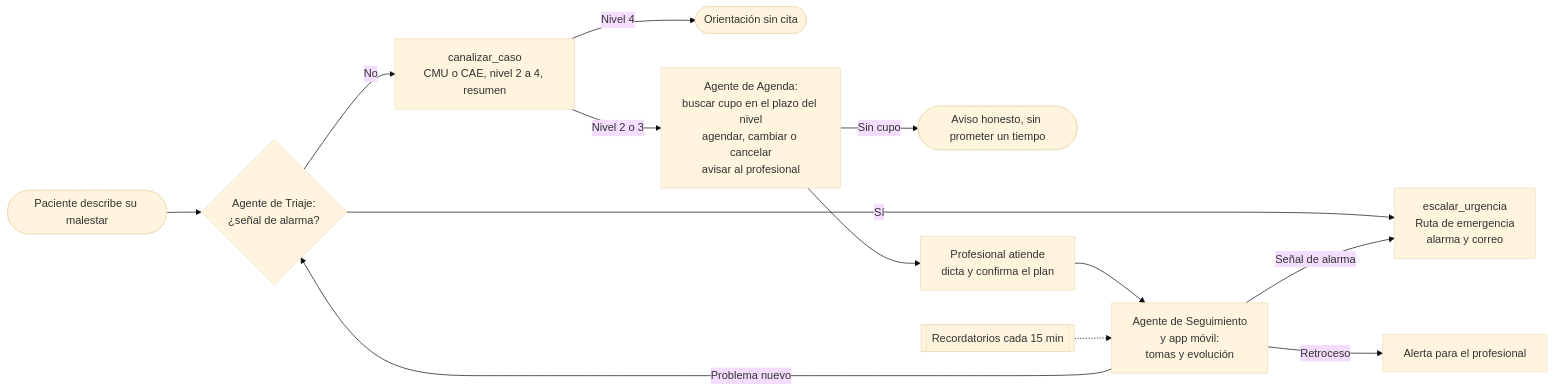
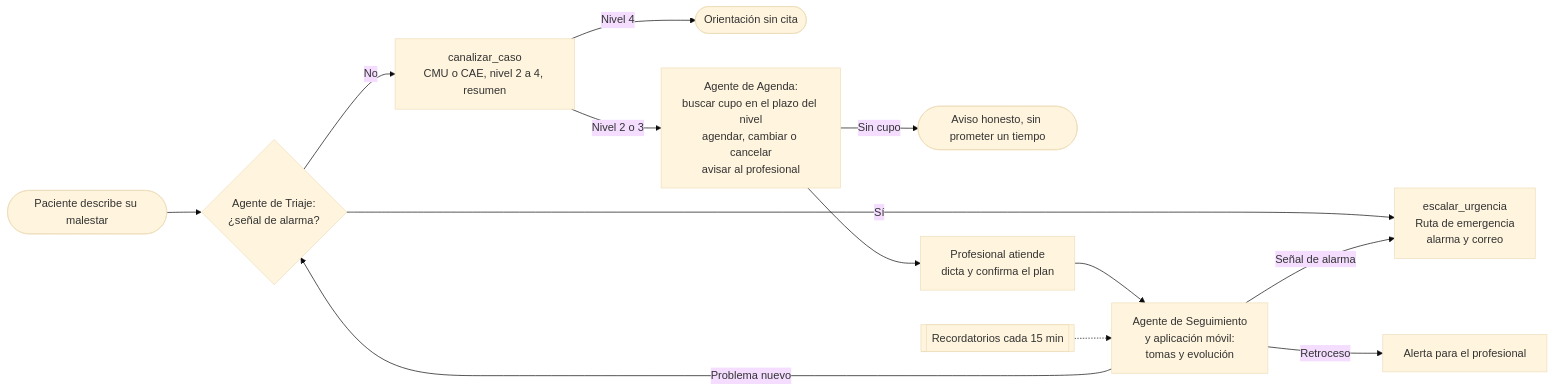
Before and after one commit to Ksruiz22/PF-202630-CareSync: the first of 8 diagrams in InformeFinal.md, drawn with Mermaid (base theme). The commit also changed other lines of this file, not shown here.

````diff
--- a/InformeFinal.md
+++ b/InformeFinal.md
@@ -328,15 +354,15 @@
 ```mermaid
 flowchart LR
     A([Paciente describe su malestar]) --> B{Agente de Triaje:<br/>¿señal de alarma?}
     B -- Sí --> E[escalar_urgencia<br/>Ruta de emergencia<br/>alarma y correo]
     B -- No --> C[canalizar_caso<br/>CMU o CAE, nivel 2 a 4, resumen]
     C -- Nivel 4 --> O([Orientación sin cita])
     C -- Nivel 2 o 3 --> D[Agente de Agenda:<br/>buscar cupo en el plazo del nivel<br/>agendar, cambiar o cancelar<br/>avisar al profesional]
     D -- Sin cupo --> X([Aviso honesto, sin prometer un tiempo])
     D --> F[Profesional atiende<br/>dicta y confirma el plan]
-    F --> G[Agente de Seguimiento<br/>y app móvil:<br/>tomas y evolución]
+    F --> G[Agente de Seguimiento<br/>y aplicación móvil:<br/>tomas y evolución]
     G -- Retroceso --> H[Alerta para el profesional]
     G -- Señal de alarma --> E
     G -- Problema nuevo --> B
     R[[Recordatorios cada 15 min]] -.-> G
 ```
````
